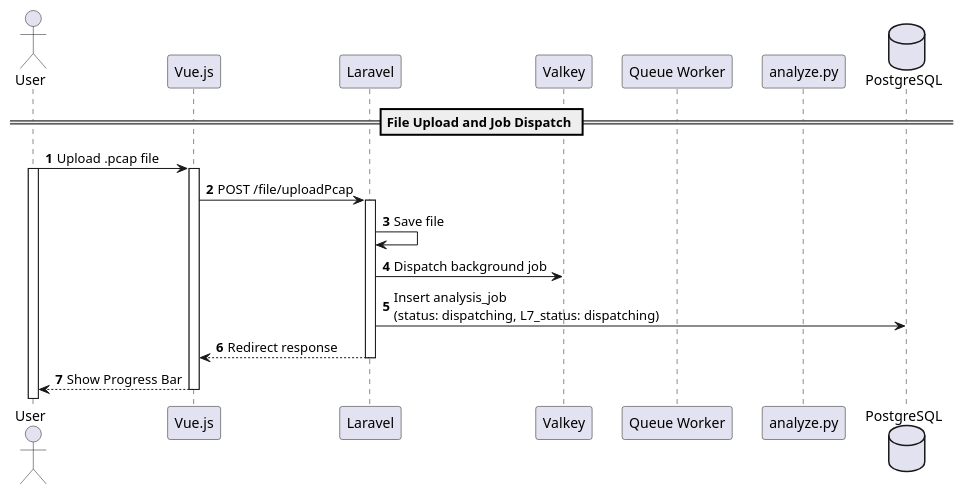
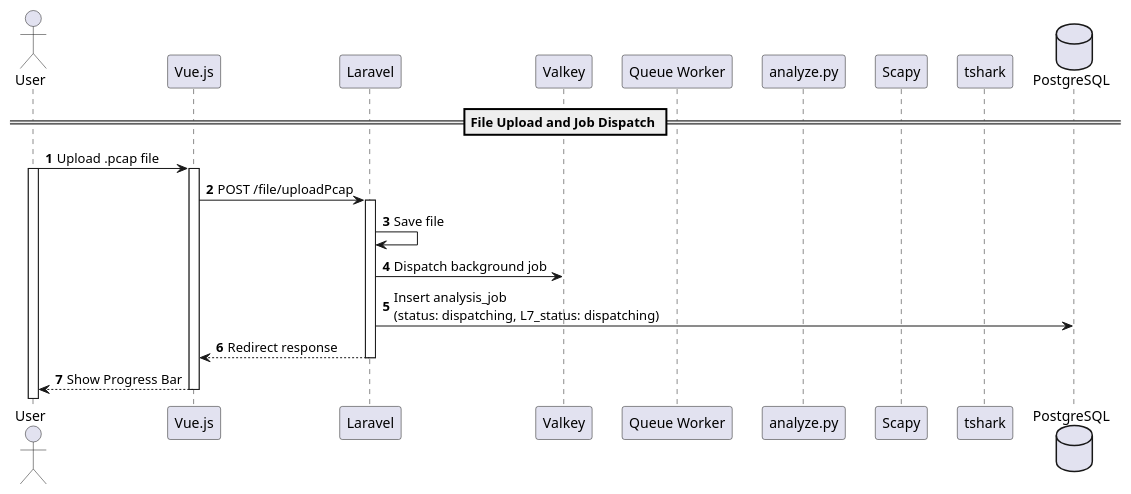
One commit to Zabuelis/WebShark changed the diagram in doc/WebShark_seq_1.puml. Above: the diagram before and after it, drawn with PlantUML. The commit also changed 7 other files, not shown here.

Commit message:
fixes for seq diagram

```diff
--- a/doc/WebShark_seq_1.puml
+++ b/doc/WebShark_seq_1.puml
@@ -1,28 +1,30 @@
 @startuml
 autonumber
 skinparam ParticipantPadding 10
 skinparam BoxPadding 10
 
 actor User
 participant "Vue.js" as Web
 participant "Laravel" as Controller
 participant "Valkey" as Queue
 participant "Queue Worker" as Job
 participant "analyze.py" as Python
+participant "Scapy" as Scapy
+participant "tshark" as Tshark
 database PostgreSQL as DB
 
 == File Upload and Job Dispatch ==
 User -> Web: Upload .pcap file
 activate User
 activate Web
 Web -> Controller: POST /file/uploadPcap
 activate Controller
 Controller -> Controller: Save file
 Controller -> Queue: Dispatch background job
 Controller -> DB: Insert analysis_job\n(status: dispatching, L7_status: dispatching)
 Controller --> Web: Redirect response
 deactivate Controller
 Web --> User: Show Progress Bar
 deactivate Web
 
 @enduml
```
